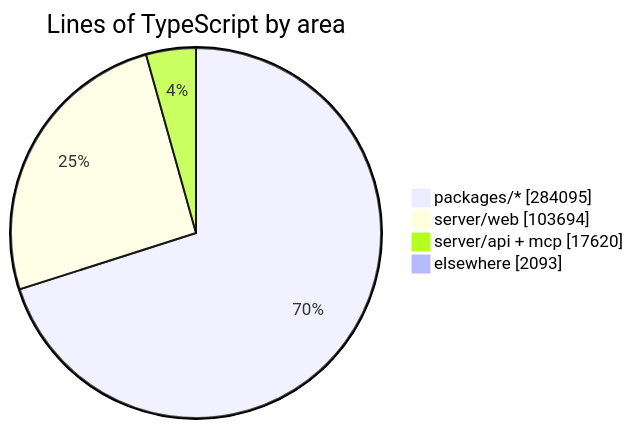
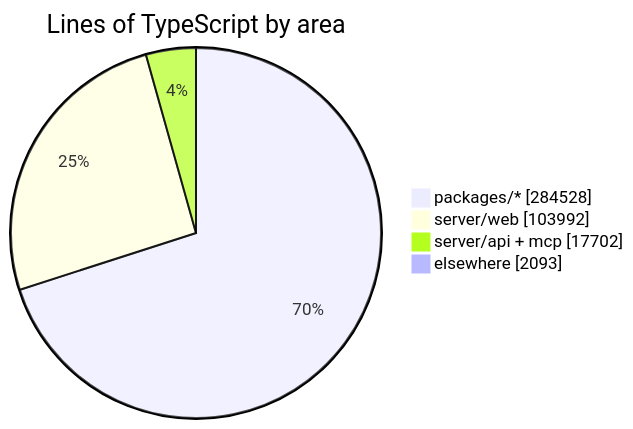
One commit to crossworks-engineering/mantle changed the diagram in README.md. Above: the diagram before and after it, drawn with Mermaid. The commit also changed other lines of this file and 2 other files, not shown here.

````diff
--- a/README.md
+++ b/README.md
@@ -294,7 +294,7 @@
 ```mermaid
 pie showData title Lines of TypeScript by area
-    "packages/*" : 284095
-    "server/web" : 103694
-    "server/api + mcp" : 17620
+    "packages/*" : 284528
+    "server/web" : 103992
+    "server/api + mcp" : 17702
     "elsewhere" : 2093
 ```
````
